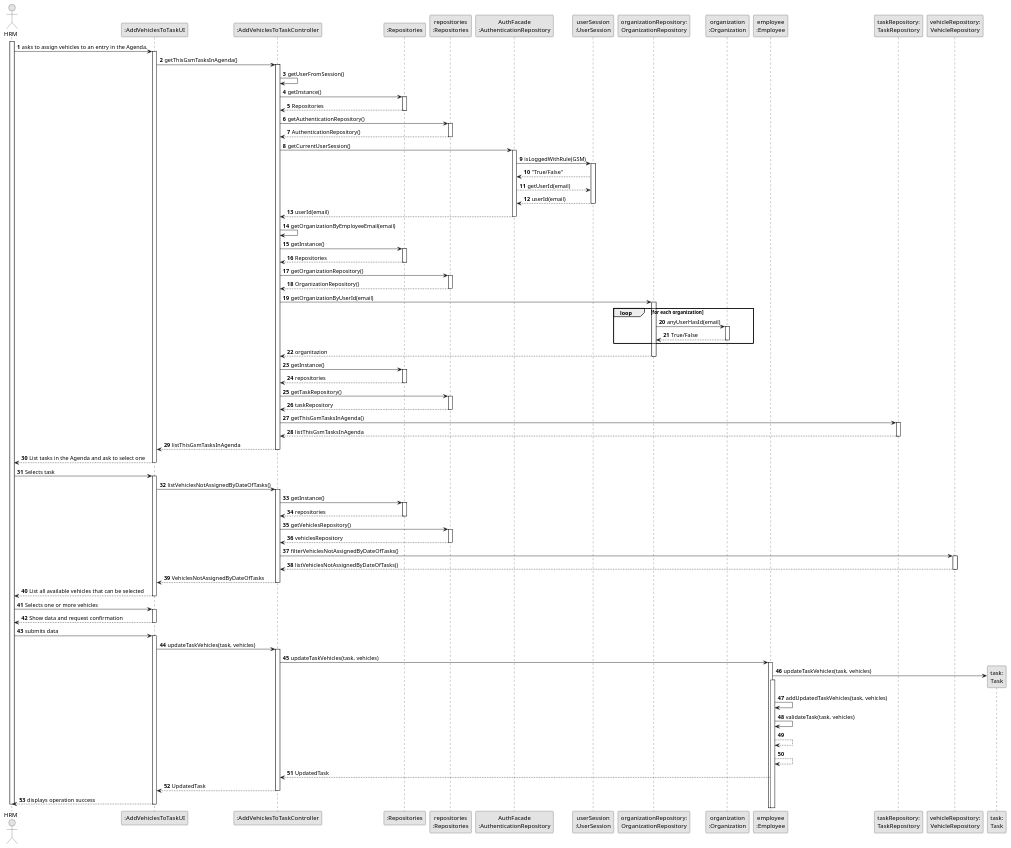
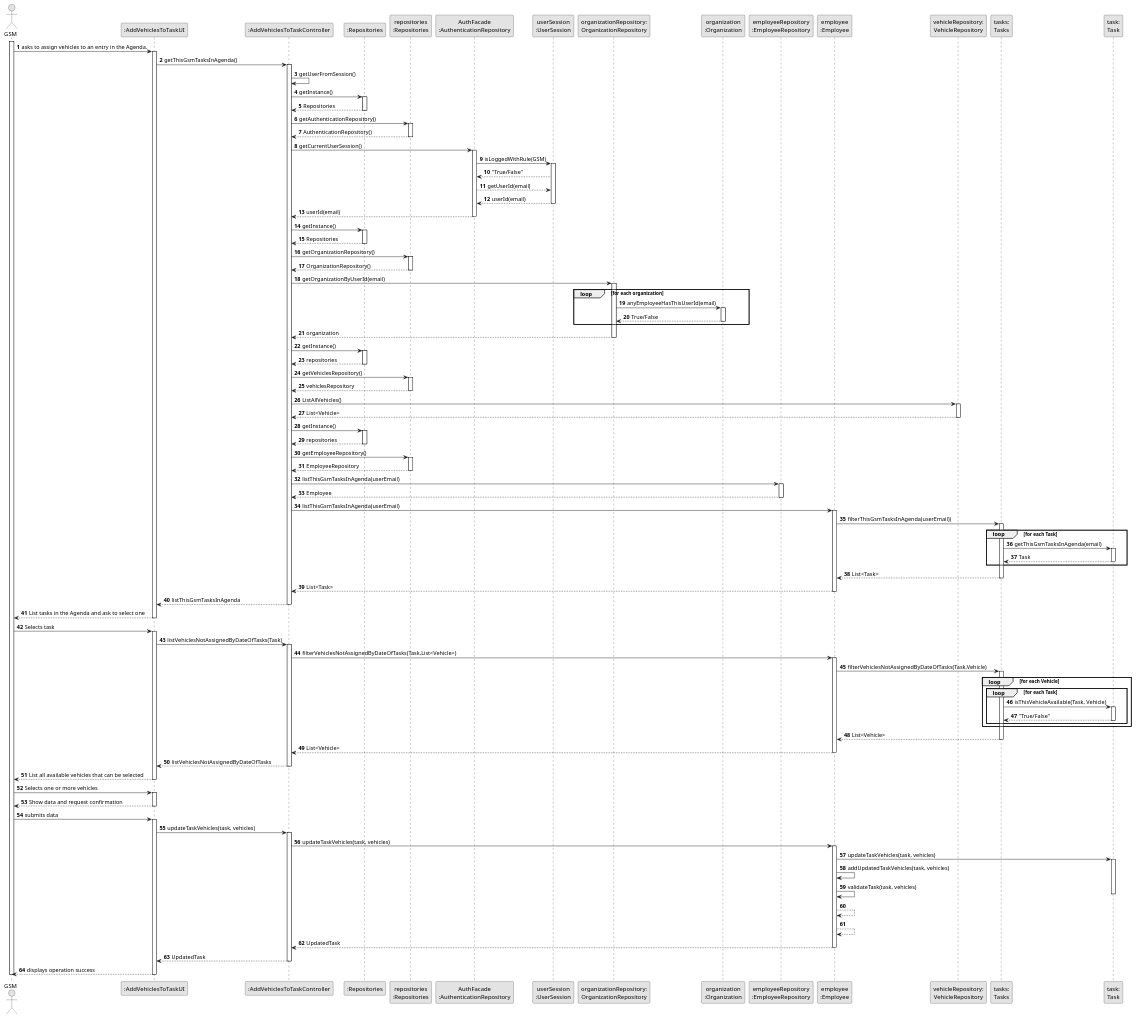
Before and after one commit to Mendoncaa/LAPR2: the diagram in docs/sprintC/us026/03.design/puml/us026-sequence-diagram-full.puml, drawn with PlantUML. The commit also changed 20 other files, not shown here.

```diff
--- a/docs/sprintC/us026/03.design/puml/us026-sequence-diagram-full.puml
+++ b/docs/sprintC/us026/03.design/puml/us026-sequence-diagram-full.puml
@@ -1,157 +1,170 @@
 @startuml
 skinparam monochrome true
 skinparam packageStyle rectangle
 skinparam shadowing false
 
 autonumber
 
 'hide footbox
-actor "HRM" as ADM
+actor "GSM" as ADM
 participant ":AddVehiclesToTaskUI" as UI
 participant ":AddVehiclesToTaskController" as CTRL
 participant ":Repositories" as RepositorySingleton
 participant "repositories\n:Repositories" as PLAT
 participant "AuthFacade\n:AuthenticationRepository" as AUTHREP
 participant "userSession\n:UserSession" as USER
 participant "organizationRepository:\nOrganizationRepository" as OrganizationRepository
 participant "organization\n:Organization" as ORG
+participant "employeeRepository\n:EmployeeRepository" as EMPREP
 participant "employee\n:Employee" as EMP
-participant "taskRepository:\nTaskRepository" as TASKREP
 participant "vehicleRepository:\nVehicleRepository" as VEHREP
+participant "tasks:\nTasks" as TASKS
 participant "task:\nTask" as TASK
 
 
 activate ADM
 
     ADM -> UI : asks to assign vehicles to an entry in the Agenda.
     activate UI
 
         UI -> CTRL : getThisGsmTasksInAgenda()
                 activate CTRL
 
 
         CTRL -> CTRL : getUserFromSession()
-
         CTRL -> RepositorySingleton : getInstance()
         activate RepositorySingleton
         CTRL <-- RepositorySingleton : Repositories
         deactivate RepositorySingleton
-
         CTRL -> PLAT : getAuthenticationRepository()
-
         activate PLAT
         CTRL <-- PLAT : AuthenticationRepository()
         deactivate PLAT
-
         CTRL -> AUTHREP : getCurrentUserSession()
-
         activate AUTHREP
-
-        AUTHREP -> USER : isLoggedWithRule(GSM)
-
-        activate USER
-
-        AUTHREP <-- USER : "True/False"
-        AUTHREP --> USER : getUserId(email)
-        AUTHREP <-- USER : userId(email)
-        deactivate USER
-
+            AUTHREP -> USER : isLoggedWithRule(GSM)
+            activate USER
+            AUTHREP <-- USER : "True/False"
+            AUTHREP --> USER : getUserId(email)
+            AUTHREP <-- USER : userId(email)
+            deactivate USER
         CTRL <-- AUTHREP : userId(email)
         deactivate AUTHREP
-        CTRL -> CTRL : getOrganizationByEmployeeEmail(email)
+
         CTRL -> RepositorySingleton : getInstance()
         activate RepositorySingleton
         CTRL <-- RepositorySingleton : Repositories
         deactivate RepositorySingleton
         CTRL -> PLAT : getOrganizationRepository()
         activate PLAT
         CTRL <-- PLAT : OrganizationRepository()
         deactivate PLAT
         CTRL -> OrganizationRepository :getOrganizationByUserId(email)
         activate OrganizationRepository
             loop for each organization
-            OrganizationRepository -> ORG : anyUserHasId(email)
+            OrganizationRepository -> ORG : anyEmployeeHasThisUserId(email)
             activate ORG
             OrganizationRepository <-- ORG : True/False
             deactivate ORG
             end loop
-        CTRL <-- OrganizationRepository : organitazion
+        CTRL <-- OrganizationRepository : organization
         deactivate OrganizationRepository
 
 
+        CTRL -> RepositorySingleton : getInstance()
+        activate RepositorySingleton
+        CTRL <-- RepositorySingleton : repositories
+        deactivate RepositorySingleton
+        CTRL -> PLAT : getVehiclesRepository()
+        activate PLAT
+        CTRL <-- PLAT : vehiclesRepository
+        deactivate PLAT
+        CTRL->VEHREP : ListAllVehicles()
+        activate VEHREP
+        CTRL<-- VEHREP : List<Vehicle>
+        deactivate VEHREP
 
-            CTRL -> RepositorySingleton : getInstance()
-            activate RepositorySingleton
-            CTRL <-- RepositorySingleton : repositories
-            deactivate RepositorySingleton
-            CTRL -> PLAT : getTaskRepository()
-            activate PLAT
-            CTRL <-- PLAT : taskRepository
-            deactivate PLAT
-            CTRL->TASKREP : getThisGsmTasksInAgenda()
-            activate TASKREP
-            CTRL<-- TASKREP : listThisGsmTasksInAgenda
-            deactivate TASKREP
-            UI <-- CTRL : listThisGsmTasksInAgenda
-            deactivate CTRL
-            ADM <-- UI : List tasks in the Agenda and ask to select one
-            deactivate UI
-            ADM -> UI : Selects task
-            activate UI
+        CTRL -> RepositorySingleton : getInstance()
+        activate RepositorySingleton
+        CTRL <-- RepositorySingleton : repositories
+        deactivate RepositorySingleton
+        CTRL -> PLAT : getEmployeeRepository()
+        activate PLAT
+        CTRL <-- PLAT : EmployeeRepository
+        deactivate PLAT
+        CTRL -> EMPREP : listThisGsmTasksInAgenda(userEmail)
+        activate EMPREP
+        CTRL <-- EMPREP : Employee
+        deactivate EMPREP
+        CTRL -> EMP : listThisGsmTasksInAgenda(userEmail)
+        activate EMP
+            EMP -> TASKS : filterThisGsmTasksInAgenda(userEmail))
+            activate TASKS
+                loop for each Task
+                            TASKS -> TASK : getThisGsmTasksInAgenda(email)
+                            activate TASK
+                            TASKS <-- TASK : Task
+                            deactivate TASK
+                            end loop
+            EMP<-- TASKS : List<Task>
+            deactivate TASKS
+        CTRL <-- EMP : List<Task>
+        deactivate EMP
+    UI <-- CTRL : listThisGsmTasksInAgenda
+    deactivate CTRL
+ADM <-- UI : List tasks in the Agenda and ask to select one
+deactivate UI
 
-            UI-> CTRL : listVehiclesNotAssignedByDateOfTasks()
 
-            activate CTRL
+ADM -> UI : Selects task
+activate UI
+    UI-> CTRL : listVehiclesNotAssignedByDateOfTasks(Task)
+    activate CTRL
+        CTRL -> EMP : filterVehiclesNotAssignedByDateOfTasks(Task,List<Vehicle>)
+        activate EMP
+            EMP -> TASKS : filterVehiclesNotAssignedByDateOfTasks(Task,Vehicle)
+            activate TASKS
+            loop for each Vehicle
+                loop for each Task
+                    TASKS -> TASK : isThisVehicleAvailable(Task, Vehicle)
+                    activate TASK
+                    TASKS <-- TASK : "True/False"
+                    deactivate TASK
+                end loop
+            end loop
+            EMP <-- TASKS : List<Vehicle>
+            deactivate TASKS
+        CTRL <-- EMP : List<Vehicle>
+        deactivate EMP
 
-                        CTRL -> RepositorySingleton : getInstance()
-                        activate RepositorySingleton
-                        CTRL <-- RepositorySingleton : repositories
-                        deactivate RepositorySingleton
-                        CTRL -> PLAT : getVehiclesRepository()
-                        activate PLAT
-                        CTRL <-- PLAT : vehiclesRepository
-                        deactivate PLAT
-                        CTRL->VEHREP : filterVehiclesNotAssignedByDateOfTasks()
-                        activate VEHREP
-                        CTRL<-- VEHREP : listVehiclesNotAssignedByDateOfTasks()
-                        deactivate VEHREP
-                        UI <-- CTRL : VehiclesNotAssignedByDateOfTasks
-                        deactivate CTRL
-                        ADM <-- UI : List all available vehicles that can be selected
-                        deactivate UI
-                        ADM -> UI : Selects one or more vehicles
-                        activate UI
-
-            UI --> ADM : Show data and request confirmation
-            deactivate UI
-
-            ADM -> UI : submits data
-            activate UI
-
-            UI -> CTRL : updateTaskVehicles(task, vehicles)
-            activate CTRL
-
-            CTRL -> EMP: updateTaskVehicles(task, vehicles)
+    UI <-- CTRL : listVehiclesNotAssignedByDateOfTasks
+    deactivate CTRL
+ADM <-- UI : List all available vehicles that can be selected
+deactivate UI
+ADM -> UI : Selects one or more vehicles
+activate UI
+    UI --> ADM : Show data and request confirmation
+    deactivate UI
+ADM -> UI : submits data
+    activate UI
+    UI -> CTRL : updateTaskVehicles(task, vehicles)
+    activate CTRL
+        CTRL -> EMP: updateTaskVehicles(task, vehicles)
             activate EMP
-
-                EMP -> TASK**: updateTaskVehicles(task, vehicles)
-
-                activate EMP
+                EMP -> TASK: updateTaskVehicles(task, vehicles)
+                activate TASK
                     EMP -> EMP: addUpdatedTaskVehicles(task, vehicles)
                     EMP -> EMP: validateTask(task, vehicles)
+                    deactivate TASK
                     EMP --> EMP
                     EMP --> EMP
-
                 EMP --> CTRL : UpdatedTask
-
-            deactivate ORG
-
-            CTRL --> UI: UpdatedTask
-            deactivate CTRL
-            UI --> ADM: displays operation success
+                deactivate EMP
+        CTRL --> UI: UpdatedTask
+        deactivate CTRL
+    UI --> ADM: displays operation success
     deactivate UI
-
 deactivate ADM
 
 
 @enduml
```
